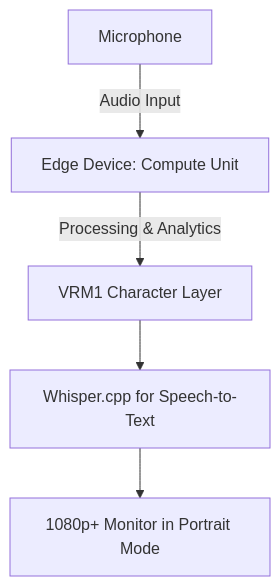
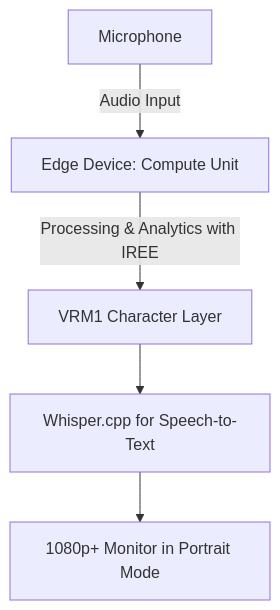
One commit to V-Sekai/manuals changed the diagram in prototypes/20230908-bendable-screen-generative-assistant.md. Above: the diagram before and after it, drawn with Mermaid. The commit also changed other lines of this file, not shown here.

Commit message:
Update the IREE description.

````diff
--- a/prototypes/20230908-bendable-screen-generative-assistant.md
+++ b/prototypes/20230908-bendable-screen-generative-assistant.md
@@ -48,7 +48,7 @@
 ```mermaid
 graph TD
-A[Edge Device: Compute Unit] -->|Processing & Analytics| B[VRM1 Character Layer]
+A[Edge Device: Compute Unit] -->|Processing & Analytics with IREE| B[VRM1 Character Layer]
 B --> D[Whisper.cpp for Speech-to-Text]
 D --> F[1080p+ Monitor in Portrait Mode]
 H[Microphone] -- Audio Input --> A
 ```
````
